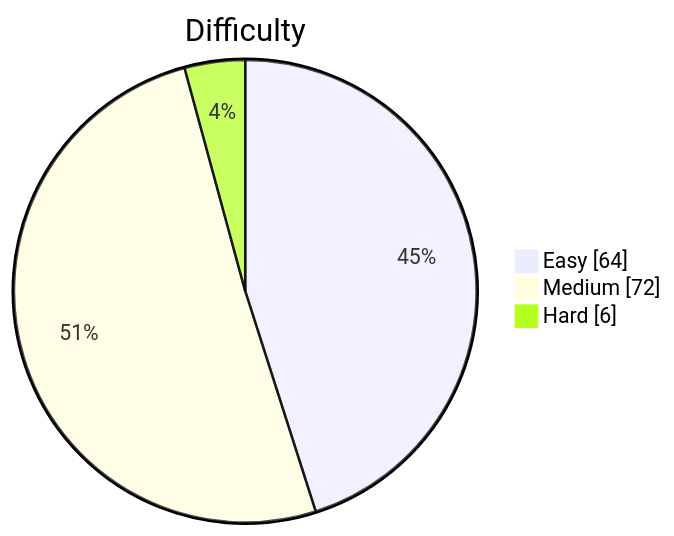
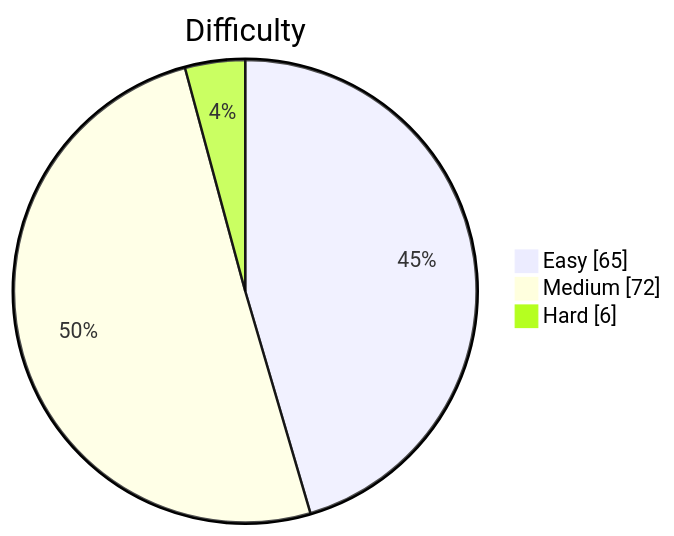
The diagram in README.md (kevstevie/python-algo-practice), drawn with Mermaid before and after one commit. The commit also changed other lines of this file, not shown here.

````diff
--- a/README.md
+++ b/README.md
@@ -13,7 +13,7 @@
 ```mermaid
 pie showData
     title Difficulty
-    "Easy"   : 64
+    "Easy"   : 65
     "Medium" : 72
     "Hard"   : 6
 ```
````
